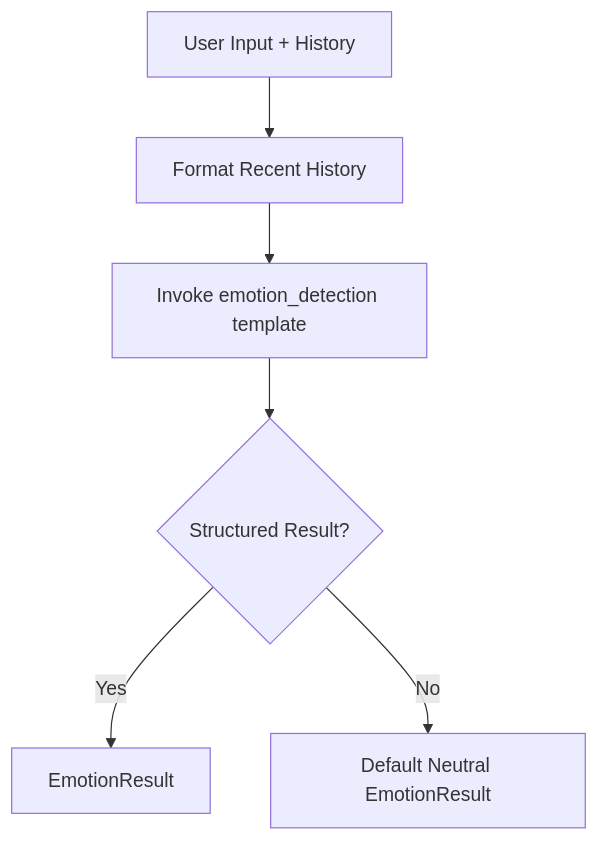
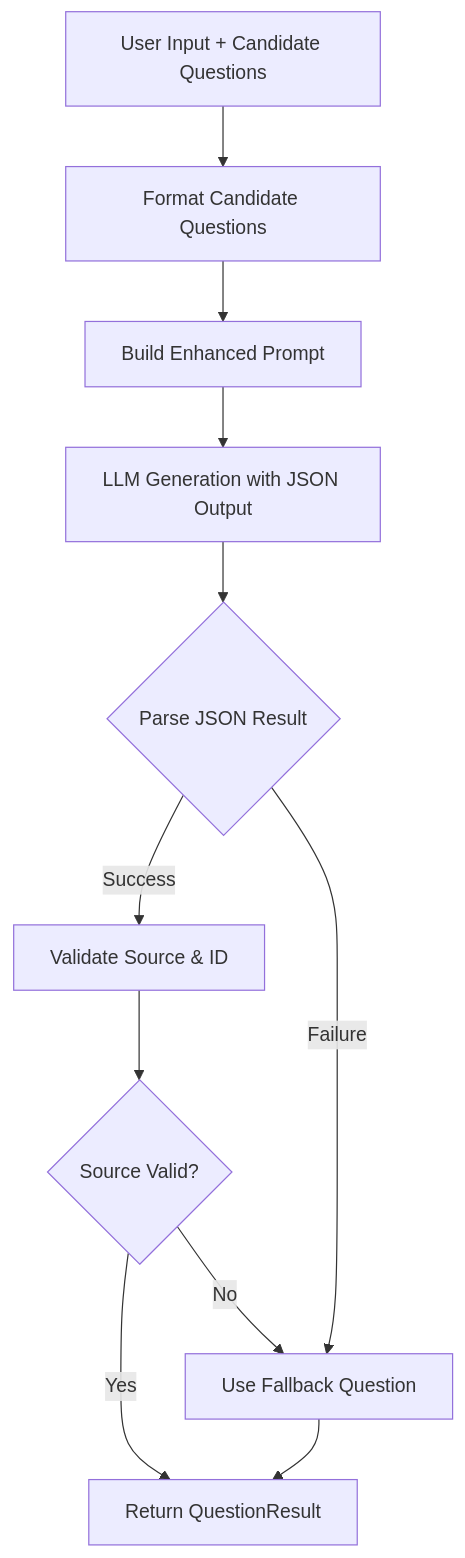
Before and after one commit to WangYiKai1017/zizuan: the fifth of 8 diagrams in .qoder/repowiki/en/content/Core Components/Interview Agent.md, drawn with Mermaid. The commit also changed other lines of this file and 31 other files, not shown here.

````diff
--- a/.qoder/repowiki/en/content/Core Components/Interview Agent.md
+++ b/.qoder/repowiki/en/content/Core Components/Interview Agent.md
@@ -305,8 +356,13 @@
 ```mermaid
 flowchart TD
-Input["User Input + History"] --> Format["Format Recent History"]
-Format --> CallLLM["Invoke emotion_detection template"]
-CallLLM --> Result{"Structured Result?"}
-Result --> |Yes| Output["EmotionResult"]
-Result --> |No| Fallback["Default Neutral EmotionResult"]
+Input["User Input + Candidate Questions"] --> Format["Format Candidate Questions"]
+Format --> BuildPrompt["Build Enhanced Prompt"]
+BuildPrompt --> LLM["LLM Generation with JSON Output"]
+LLM --> Parse{"Parse JSON Result"}
+Parse --> |Success| Validate["Validate Source & ID"]
+Parse --> |Failure| Fallback["Use Fallback Question"]
+Validate --> CheckSource{"Source Valid?"}
+CheckSource --> |Yes| Return["Return QuestionResult"]
+CheckSource --> |No| Fallback
+Fallback --> Return
 ```
````
